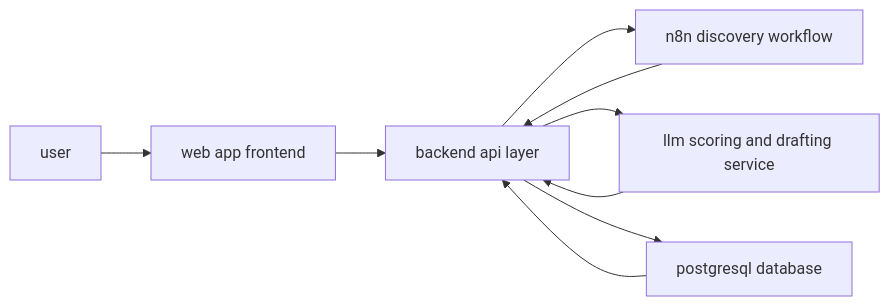
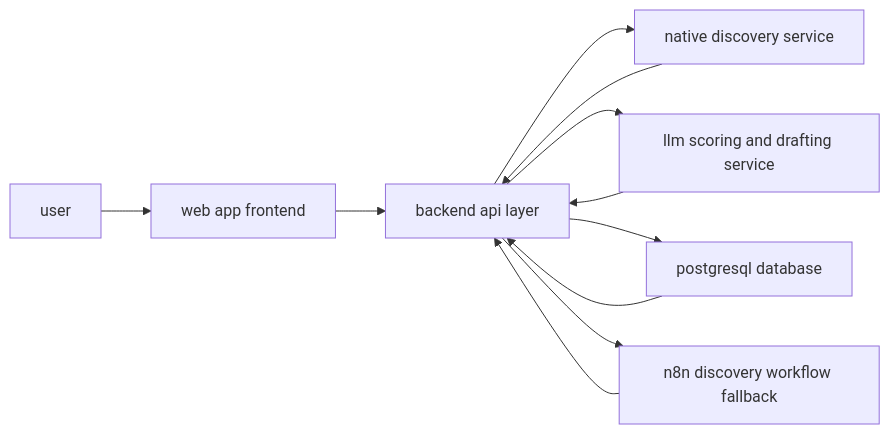
One commit to raptor7197/Influencer-Intelligence-Credibility-Engine changed the first of 3 diagrams in readme.md. Above: the diagram before and after it, drawn with Mermaid. The commit also changed other lines of this file, not shown here.

````diff
--- a/readme.md
+++ b/readme.md
@@ -98,11 +129,13 @@
 ```mermaid
 flowchart LR
     user_node["user"] --> fe["web app frontend"]
     fe --> api["backend api layer"]
-    api --> discovery["n8n discovery workflow"]
+    api --> native_discovery["native discovery service"]
     api --> llm["llm scoring and drafting service"]
     api --> db["postgresql database"]
-    discovery --> api
+    api --> n8n_discovery["n8n discovery workflow fallback"]
+    native_discovery --> api
+    n8n_discovery --> api
     llm --> api
     db --> api
 ```
````
